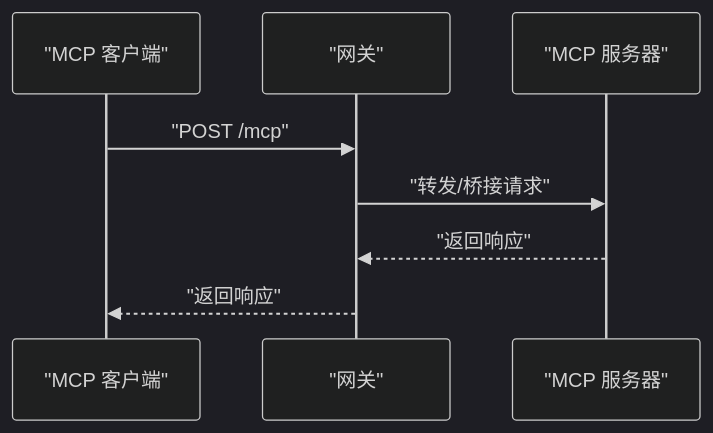
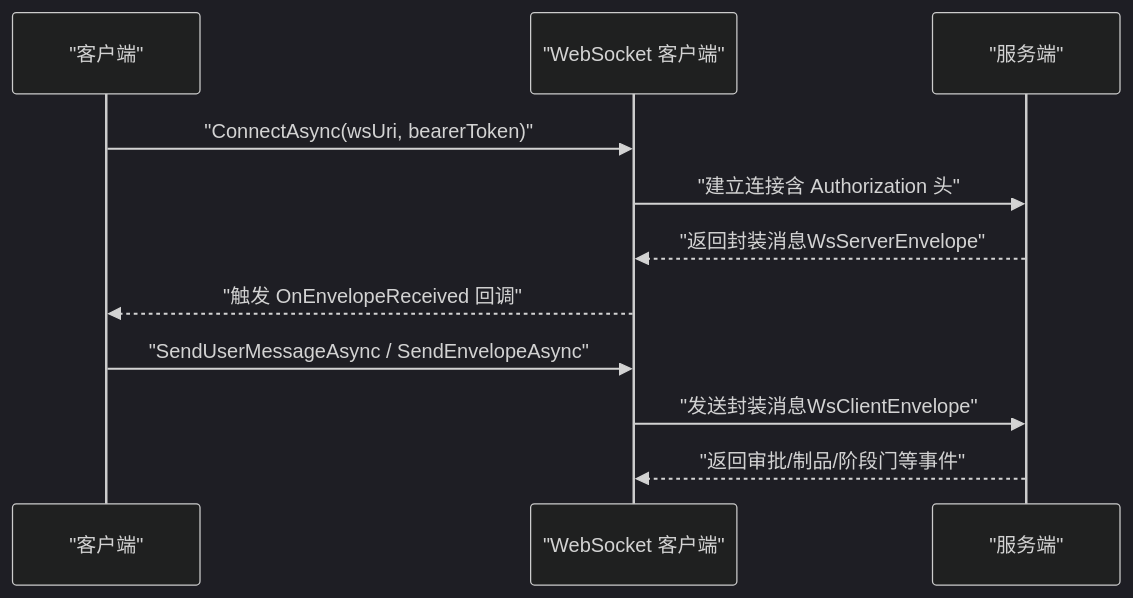
One commit to wayyet/kingcrab changed the third of 6 diagrams in .qoder/repowiki/zh/content/API 参考/API 参考.md. Above: the diagram before and after it, drawn with Mermaid (dark theme). The commit also changed other lines of this file and 431 other files, not shown here.

````diff
--- a/.qoder/repowiki/zh/content/API 参考/API 参考.md
+++ b/.qoder/repowiki/zh/content/API 参考/API 参考.md
@@ -183,10 +177,13 @@
 ```mermaid
 sequenceDiagram
-participant Client as "MCP 客户端"
-participant GW as "网关"
-participant MCP as "MCP 服务器"
-Client->>GW : "POST /mcp"
-GW->>MCP : "转发/桥接请求"
-MCP-->>GW : "返回响应"
-GW-->>Client : "返回响应"
+participant Client as "客户端"
+participant WS as "WebSocket 客户端"
+participant Server as "服务端"
+Client->>WS : "ConnectAsync(wsUri, bearerToken)"
+WS->>Server : "建立连接含 Authorization 头"
+Server-->>WS : "返回封装消息WsServerEnvelope"
+WS-->>Client : "触发 OnEnvelopeReceived 回调"
+Client->>WS : "SendUserMessageAsync / SendEnvelopeAsync"
+WS->>Server : "发送封装消息WsClientEnvelope"
+Server-->>WS : "返回审批/制品/阶段门等事件"
 ```
````
